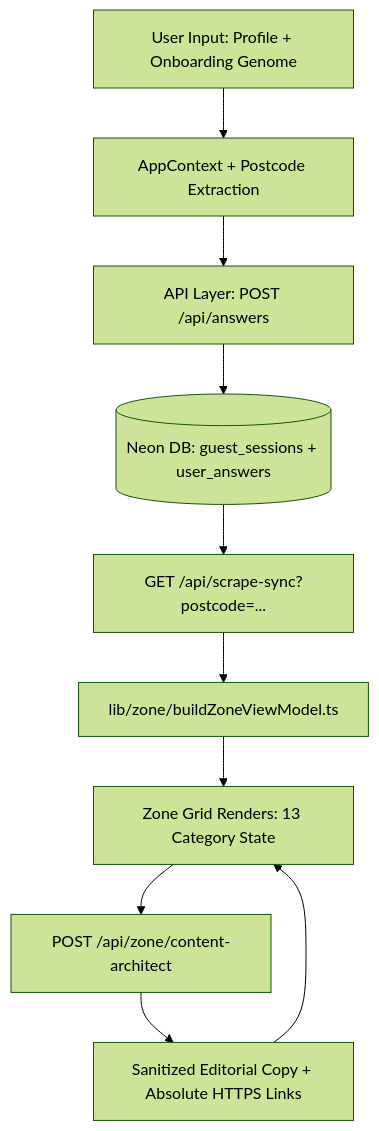
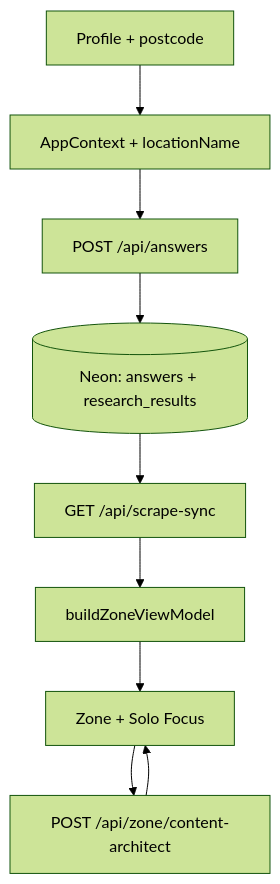
The diagram in docs/APP-FLOW-AND-PIPELINE.md (00app/00-ULM), drawn with Mermaid (forest theme) before and after one commit. The commit also changed other lines of this file and 10 other files, not shown here.

First line of the commit message:
docs: sync handbook and pipeline docs with warm voice and deploy flow

````diff
--- a/docs/APP-FLOW-AND-PIPELINE.md
+++ b/docs/APP-FLOW-AND-PIPELINE.md
@@ -19,12 +19,11 @@
 ```mermaid
 flowchart TD
-  A[User Input: Profile + Onboarding Genome] --> B[AppContext + Postcode Extraction]
-  B --> C[API Layer: POST /api/answers]
-  C --> D[(Neon DB: guest_sessions + user_answers)]
-  D --> F[GET /api/scrape-sync?postcode=...]
-  F --> G[lib/zone/buildZoneViewModel.ts]
-  G --> H[Zone Grid Renders: 13 Category State]
-  H --> I[POST /api/zone/content-architect]
-  I --> J[Sanitized Editorial Copy + Absolute HTTPS Links]
-  J --> H
+  A[Profile + postcode] --> B[AppContext + locationName]
+  B --> C[POST /api/answers]
+  C --> D[(Neon: answers + research_results)]
+  D --> E[GET /api/scrape-sync]
+  E --> F[buildZoneViewModel]
+  F --> G[Zone + Solo Focus]
+  G --> H[POST /api/zone/content-architect]
+  H --> G
 ```
````
